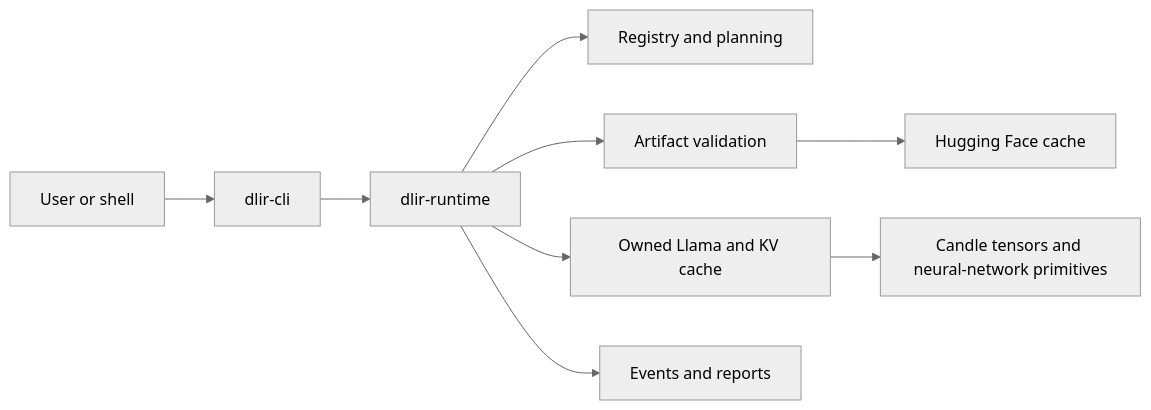
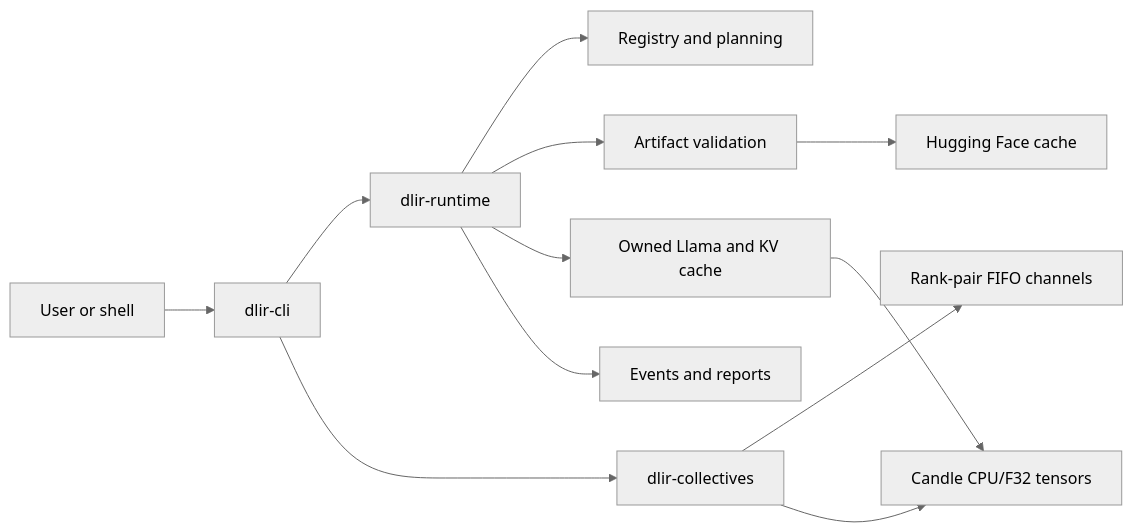
The first of 4 diagrams in docs/architecture.md (Ayobami-00/distributed-llm-inference-rs), drawn with Mermaid (neutral theme) before and after one commit. The commit also changed other lines of this file and 22 other files, not shown here.

````diff
--- a/docs/architecture.md
+++ b/docs/architecture.md
@@ -16,11 +23,14 @@
 ```mermaid
 flowchart LR
     User[User or shell] --> CLI[dlir-cli]
     CLI --> Runtime[dlir-runtime]
+    CLI --> Collectives[dlir-collectives]
+    Collectives --> Channels[Rank-pair FIFO channels]
+    Collectives --> Candle[Candle CPU/F32 tensors]
     Runtime --> Registry[Registry and planning]
     Runtime --> Artifacts[Artifact validation]
     Runtime --> Model[Owned Llama and KV cache]
     Runtime --> Reports[Events and reports]
     Artifacts --> Hub[Hugging Face cache]
-    Model --> Candle[Candle tensors and neural-network primitives]
+    Model --> Candle
 ```
````
